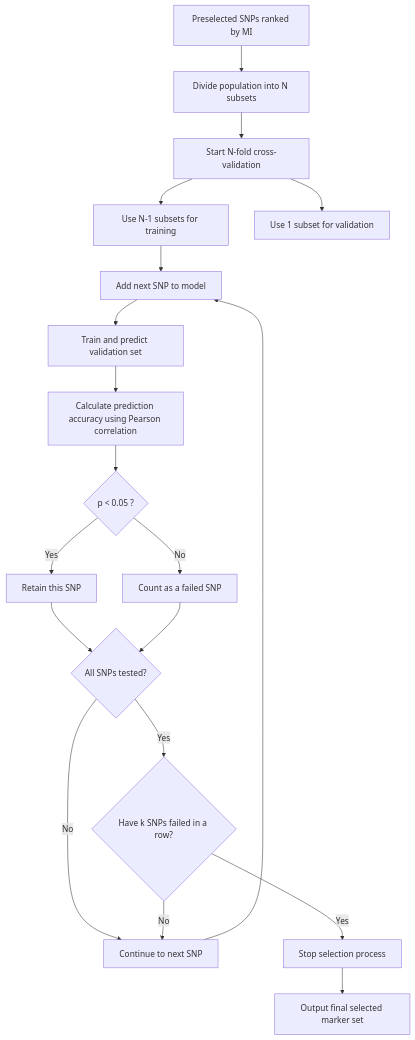
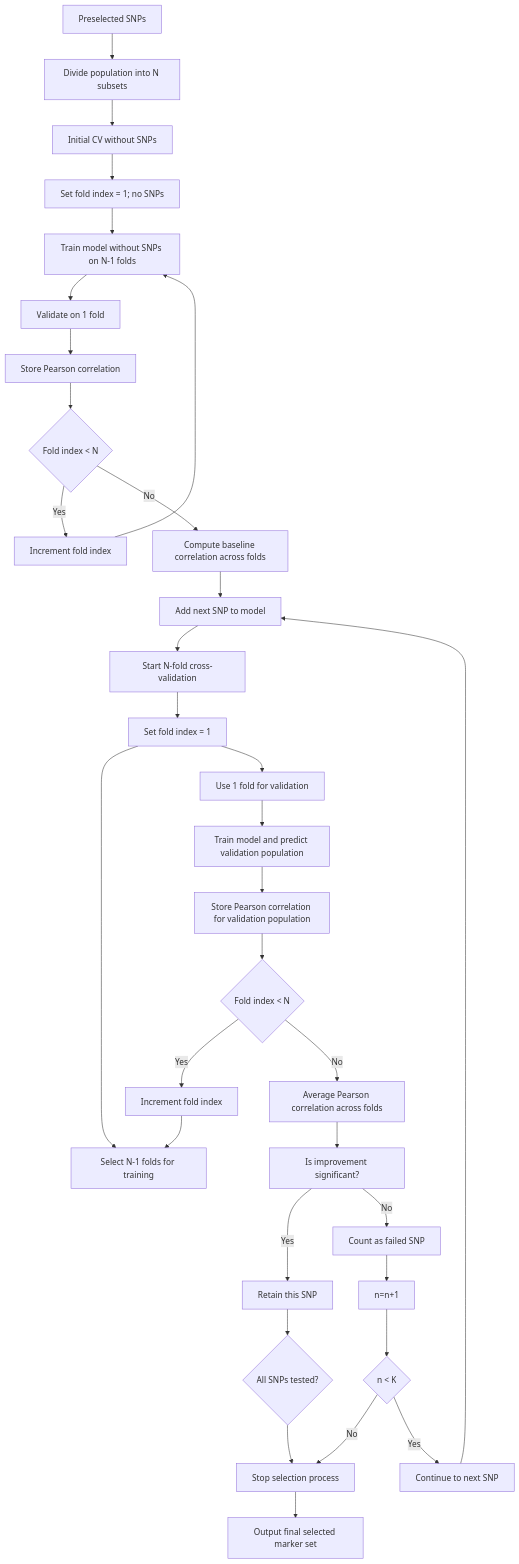
Before and after one commit to ZhixuPang/-: the diagram in test.md, drawn with Mermaid.

````diff
--- a/test.md
+++ b/test.md
@@ -1,27 +1,36 @@
 ```mermaid
 flowchart TD
-    A[Preselected SNPs ranked by MI] --> B[Divide population into N subsets]
-    B --> C[Start N-fold cross-validation]
+    A["Preselected SNPs"] --> B["Divide population into N subsets"]
+    B --> Z["Initial CV without SNPs"]
+    Z --> Z1["Set fold index = 1; no SNPs"]
+    Z1 --> Z2["Train model without SNPs on N-1 folds"]
+    Z2 --> Z3["Validate on 1 fold"]
+    Z3 --> Z4["Store Pearson correlation"]
+    Z4 --> Z5{"Fold index &lt; N"}
+    Z5 -- Yes --> Z6["Increment fold index"]
+    Z6 --> Z2
+    Z5 -- No --> Z7["Compute baseline correlation across folds"]
+    Z7 --> D["Add next SNP to model"]
+    D --> E["Start N-fold cross-validation"]
+    E --> E1["Set fold index = 1"]
+    E1 --> F1["Select N-1 folds for training"] & F2["Use 1 fold for validation"]
+    F2 --> F3["Train model and predict validation population"]
+    F3 --> F4["Store Pearson correlation for validation population"]
+    F4 --> G1{"Fold index &lt; N"}
+    G1 -- Yes --> G2["Increment fold index"]
+    G2 --> F1
+    G1 -- No --> H["Average Pearson correlation across folds"]
+    H --> I["Is improvement significant?"]
+    I -- Yes --> J["Retain this SNP"]
+    I -- No --> K["Count as failed SNP"]
+    J --> L["All SNPs tested?"]
+    K --> n1["n=n+1"]
+    M["Continue to next SNP"] --> D
+    N{"n &lt; K"} -- No --> O["Stop selection process"]
+    N{"n &lt; K"} -- Yes --> M
+    O --> P["Output final selected marker set"]
+    n1 --> N
+    L --> O
 
-    C --> D1[Use N-1 subsets for training]
-    C --> D2[Use 1 subset for validation]
-    D1 --> E[Add next SNP to model]
-    E --> F[Train and predict validation set]
-    F --> G[Calculate prediction accuracy using Pearson correlation]
-    G --> H{p < 0.05 ?}
-
-    H -- Yes --> I[Retain this SNP]
-    H -- No --> J[Count as a failed SNP]
-
-    I --> K{All SNPs tested?}
-    J --> K
-
-    K -- No --> L[Continue to next SNP]
-    L --> E
-
-    K -- Yes --> M{Have k SNPs failed in a row?}
-    M -- Yes --> N[Stop selection process]
-    M -- No --> L
-
-    N --> O[Output final selected marker set]
+    L@{ shape: diam}
 ```
````
